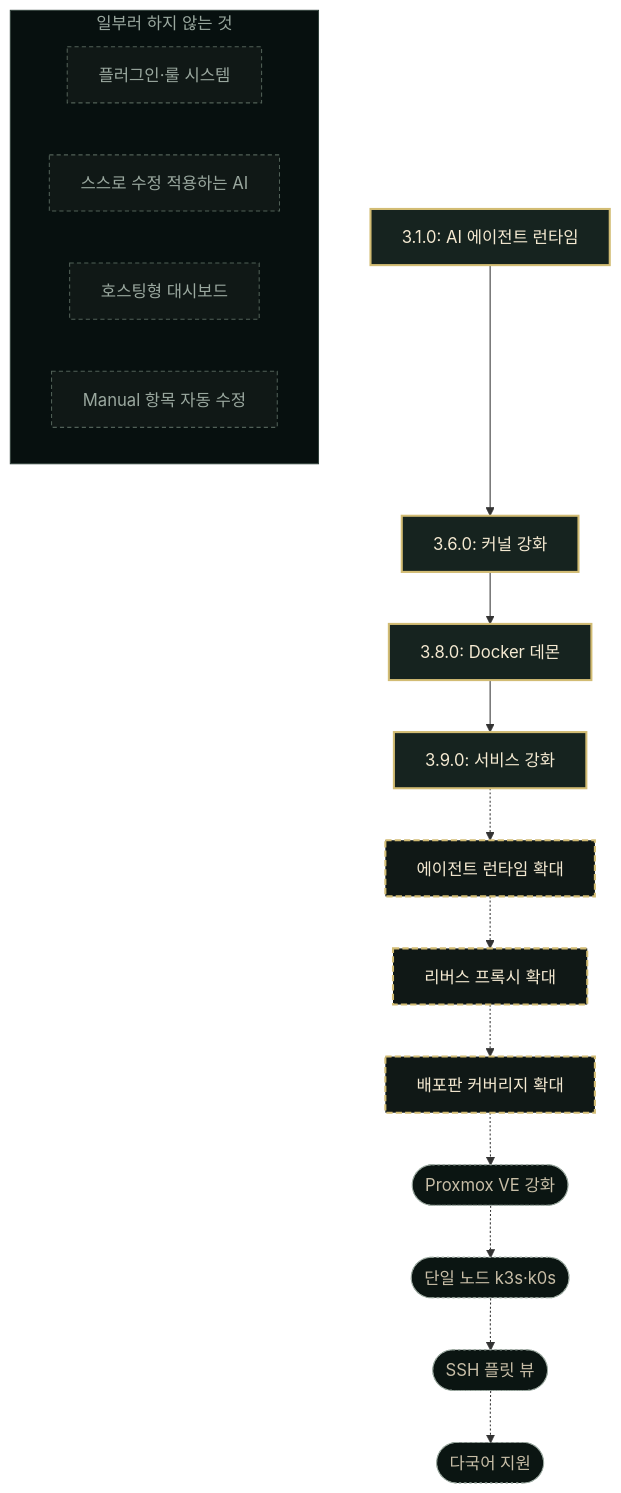
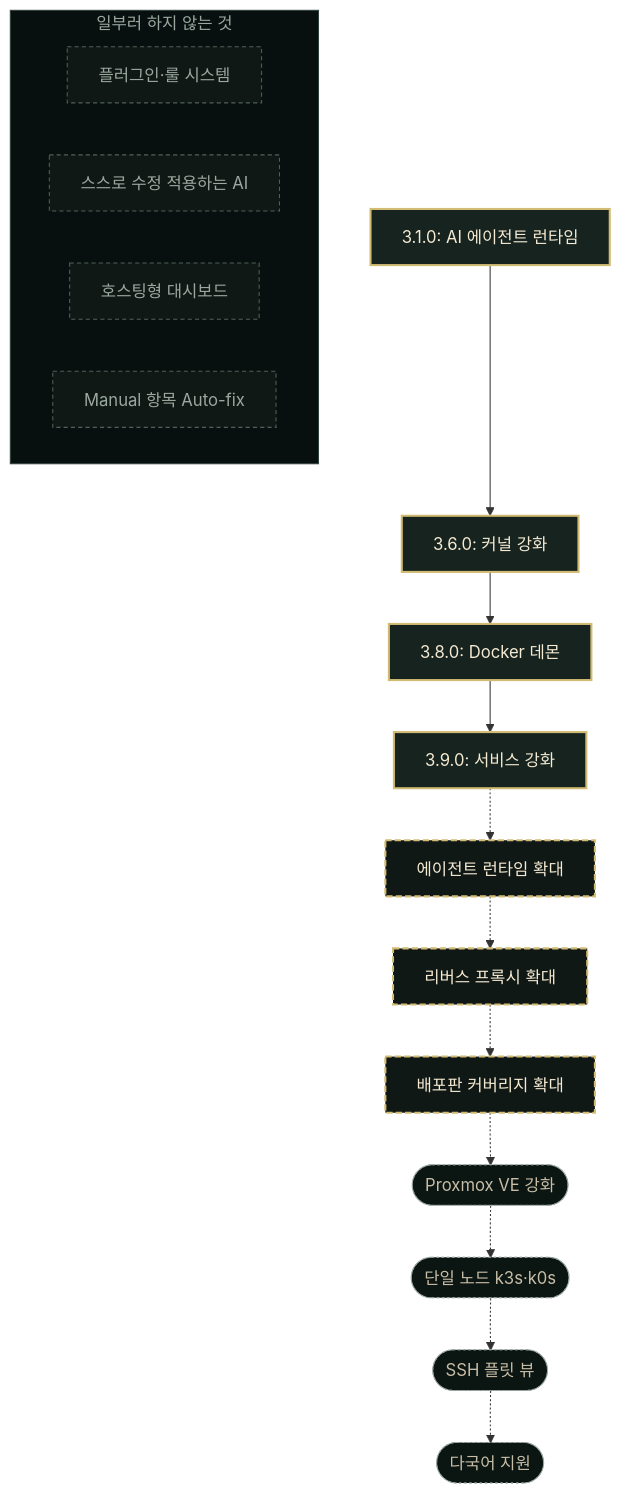
One commit to seolcu/hostveil changed the diagram in README.ko.md. Above: the diagram before and after it, drawn with Mermaid. The commit also changed other lines of this file and 27 other files, not shown here.

````diff
--- a/README.ko.md
+++ b/README.ko.md
@@ -368,32 +368,32 @@
 ```mermaid
 graph TD
     v1["3.1.0: AI 에이전트 런타임"] --> v2["3.6.0: 커널 강화"]
     v2 --> v3["3.8.0: Docker 데몬"]
     v3 --> v4["3.9.0: 서비스 강화"]
     v4 -.-> n1["에이전트 런타임 확대"]
     n1 -.-> n2["리버스 프록시 확대"]
     n2 -.-> n3["배포판 커버리지 확대"]
     n3 -.-> e1(["Proxmox VE 강화"])
     e1 -.-> e2(["단일 노드 k3s·k0s"])
     e2 -.-> e3(["SSH 플릿 뷰"])
     e3 -.-> e4(["다국어 지원"])
 
     subgraph np["일부러 하지 않는 것"]
         x1["플러그인·룰 시스템"]
         x2["스스로 수정 적용하는 AI"]
         x3["호스팅형 대시보드"]
-        x4["Manual 항목 자동 수정"]
+        x4["Manual 항목 Auto-fix"]
     end
 
     classDef shipped fill:#16231f,stroke:#d2bc74,stroke-width:2px,color:#f5ead2
     classDef next fill:#101816,stroke:#d2bc74,stroke-width:2px,stroke-dasharray:6 3,color:#f5ead2
     classDef exploring fill:#0b1512,stroke:#9aa89f,stroke-width:1px,stroke-dasharray:2 3,color:#c8bea7
     classDef notplanned fill:#101816,stroke:#516057,stroke-width:1px,stroke-dasharray:4 3,color:#9aa89f
     classDef npTitle fill:#07100f,stroke:#31413b,color:#9aa89f
 
     class v1,v2,v3,v4 shipped
     class n1,n2,n3 next
     class e1,e2,e3,e4 exploring
     class x1,x2,x3,x4 notplanned
     class np npTitle
 ```
````
